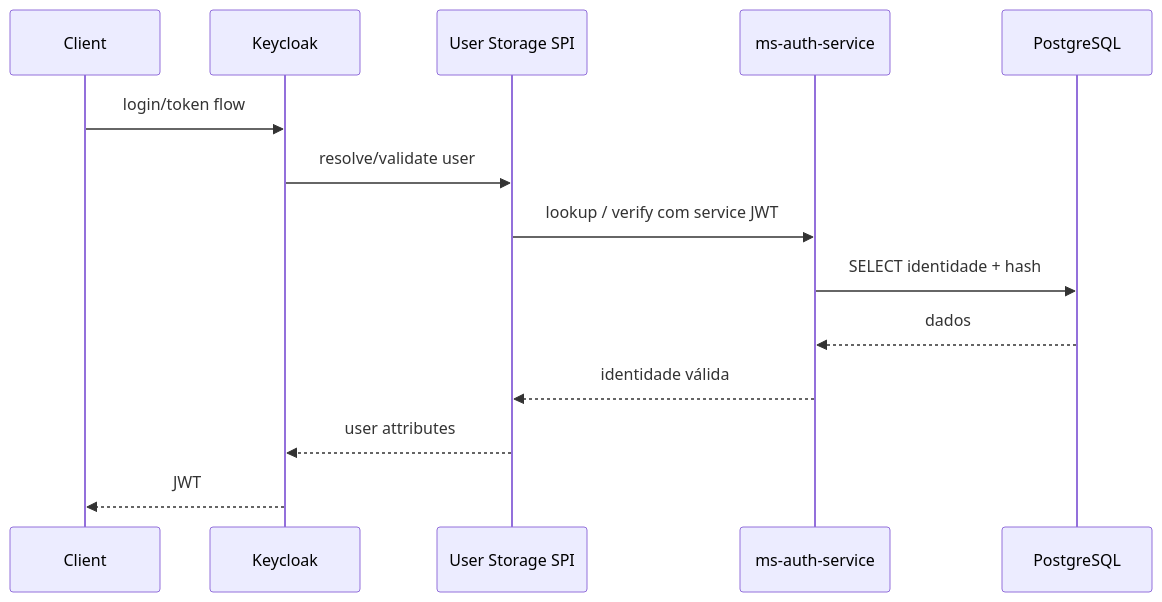
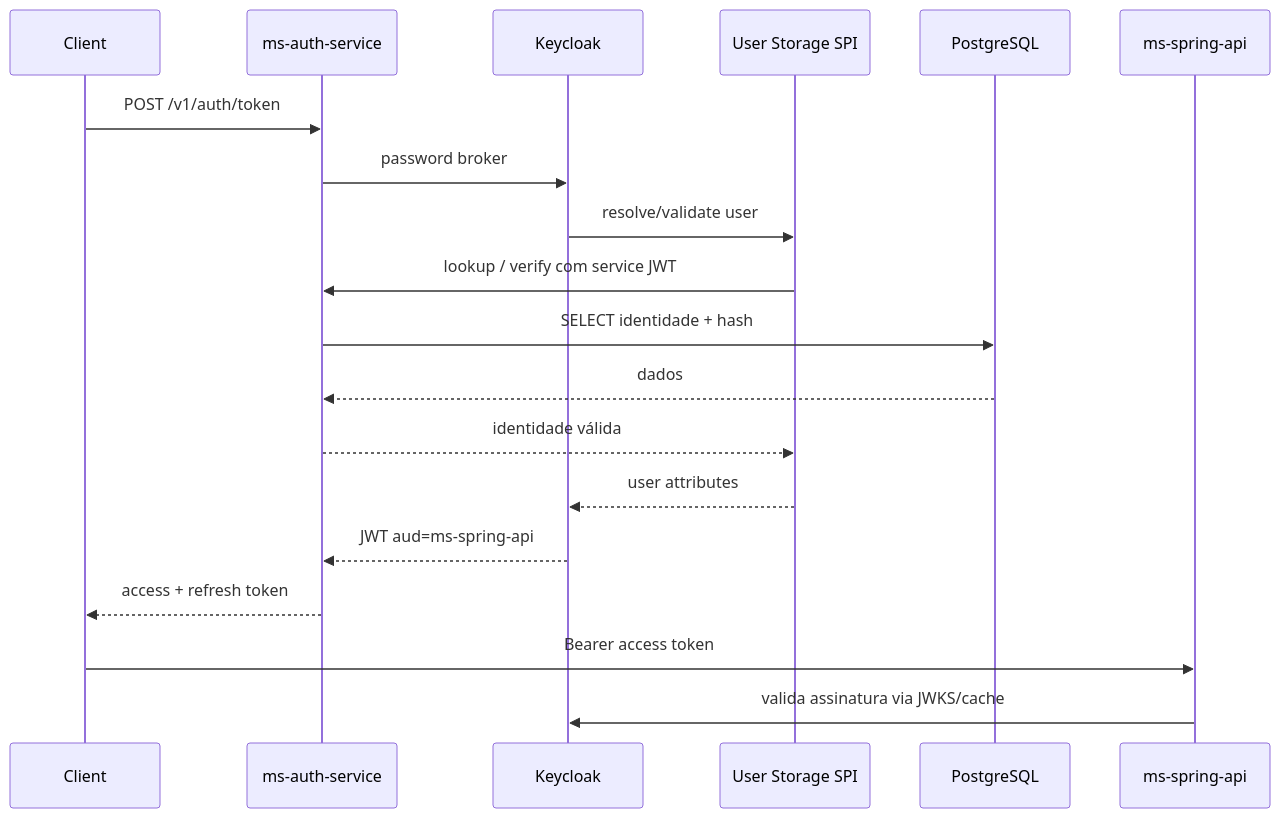
The sixth of 9 diagrams in docs/architecture/data-flow.md (Ouros-App/ouros-docs), drawn with Mermaid before and after one commit. The commit also changed other lines of this file and 31 other files, not shown here.

First line of the commit message:
docs(api): refine service contracts and authentication (#8)

````diff
--- a/docs/architecture/data-flow.md
+++ b/docs/architecture/data-flow.md
@@ -113,17 +113,22 @@
 ```mermaid
 sequenceDiagram
     participant C as Client
+    participant A as ms-auth-service
     participant K as Keycloak
     participant SPI as User Storage SPI
-    participant A as ms-auth-service
     participant DB as PostgreSQL
+    participant S as ms-spring-api
 
-    C->>K: login/token flow
+    C->>A: POST /v1/auth/token
+    A->>K: password broker
     K->>SPI: resolve/validate user
     SPI->>A: lookup / verify com service JWT
     A->>DB: SELECT identidade + hash
     DB-->>A: dados
     A-->>SPI: identidade válida
     SPI-->>K: user attributes
-    K-->>C: JWT
+    K-->>A: JWT aud=ms-spring-api
+    A-->>C: access + refresh token
+    C->>S: Bearer access token
+    S->>K: valida assinatura via JWKS/cache
 ```
````
